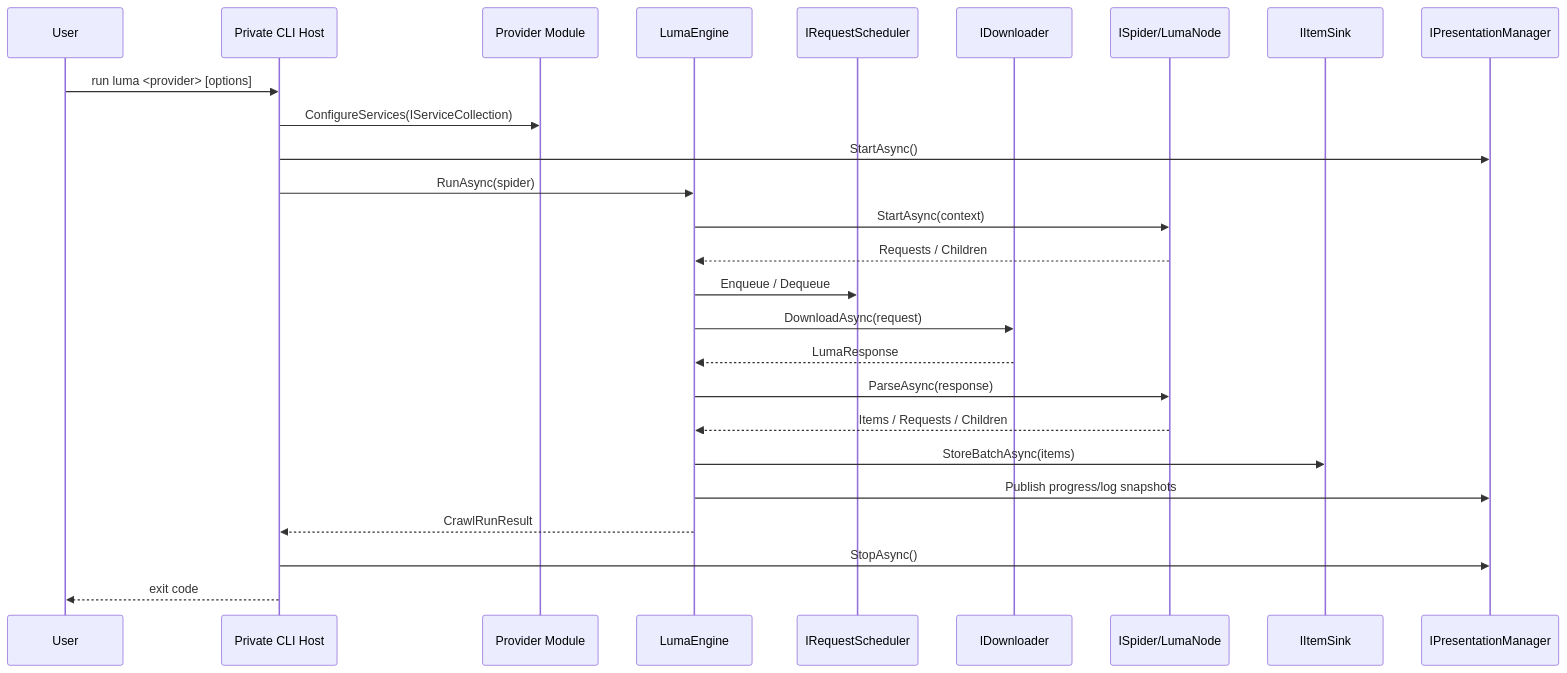
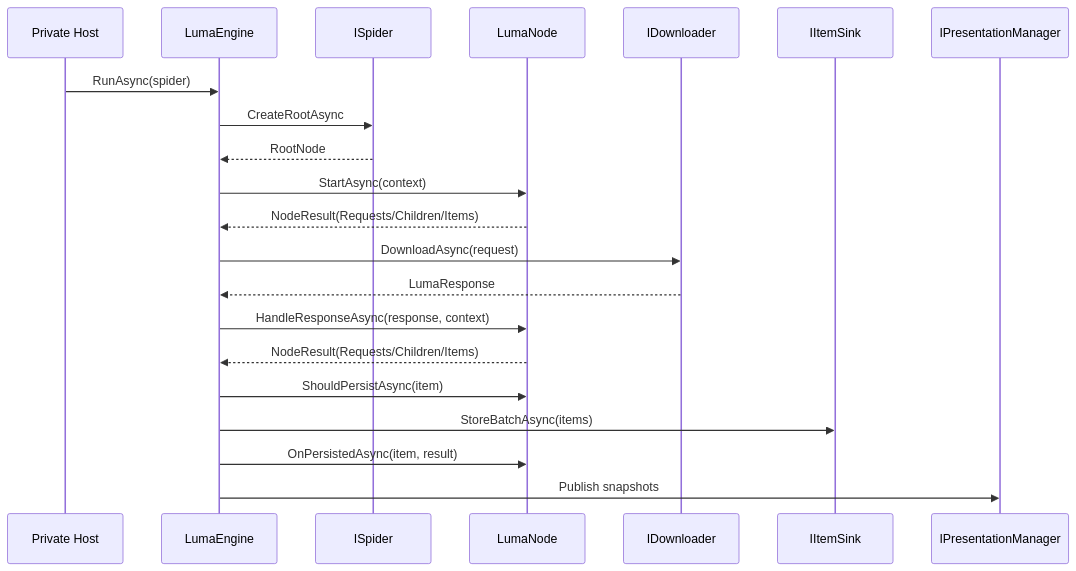
The diagram in README.en.md (zeayii/luma), drawn with Mermaid before and after one commit. The commit also changed other lines of this file and 70 other files, not shown here.

````diff
--- a/README.en.md
+++ b/README.en.md
@@ -35,29 +46,24 @@
 ```mermaid
 sequenceDiagram
-    participant User as User
-    participant Host as Private CLI Host
-    participant Module as Provider Module
+    participant Host as Private Host
     participant Engine as LumaEngine
-    participant Scheduler as IRequestScheduler
+    participant Spider as ISpider
+    participant Node as LumaNode
     participant Downloader as IDownloader
-    participant Spider as ISpider/LumaNode
     participant Sink as IItemSink
     participant UI as IPresentationManager
 
-    User->>Host: run luma <provider> [options]
-    Host->>Module: ConfigureServices(IServiceCollection)
-    Host->>UI: StartAsync()
     Host->>Engine: RunAsync(spider)
-    Engine->>Spider: StartAsync(context)
-    Spider-->>Engine: Requests / Children
-    Engine->>Scheduler: Enqueue / Dequeue
+    Engine->>Spider: CreateRootAsync
+    Spider-->>Engine: RootNode
+    Engine->>Node: StartAsync(context)
+    Node-->>Engine: NodeResult(Requests/Children/Items)
     Engine->>Downloader: DownloadAsync(request)
     Downloader-->>Engine: LumaResponse
-    Engine->>Spider: ParseAsync(response)
-    Spider-->>Engine: Items / Requests / Children
+    Engine->>Node: HandleResponseAsync(response, context)
+    Node-->>Engine: NodeResult(Requests/Children/Items)
+    Engine->>Node: ShouldPersistAsync(item)
     Engine->>Sink: StoreBatchAsync(items)
-    Engine->>UI: Publish progress/log snapshots
-    Engine-->>Host: CrawlRunResult
-    Host->>UI: StopAsync()
-    Host-->>User: exit code
+    Engine->>Node: OnPersistedAsync(item, result)
+    Engine->>UI: Publish snapshots
 ```
````
